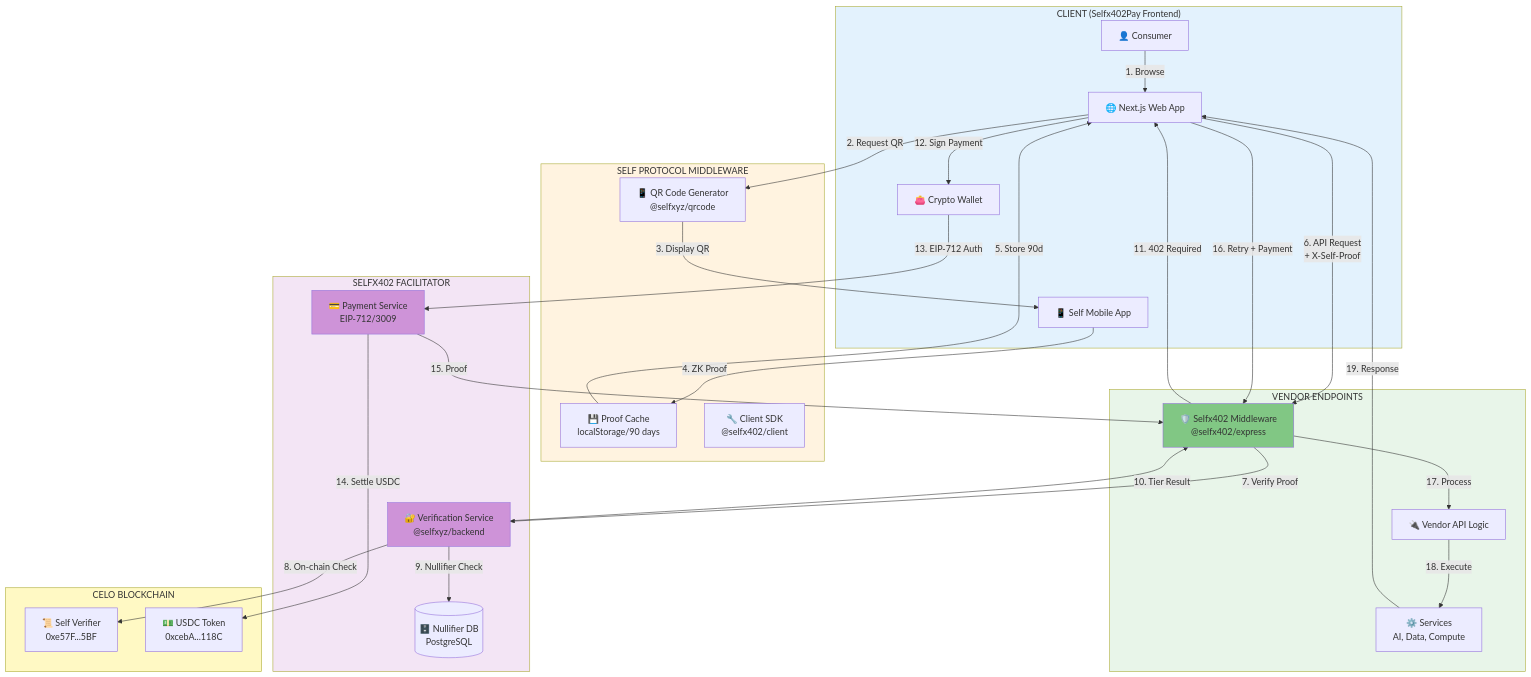
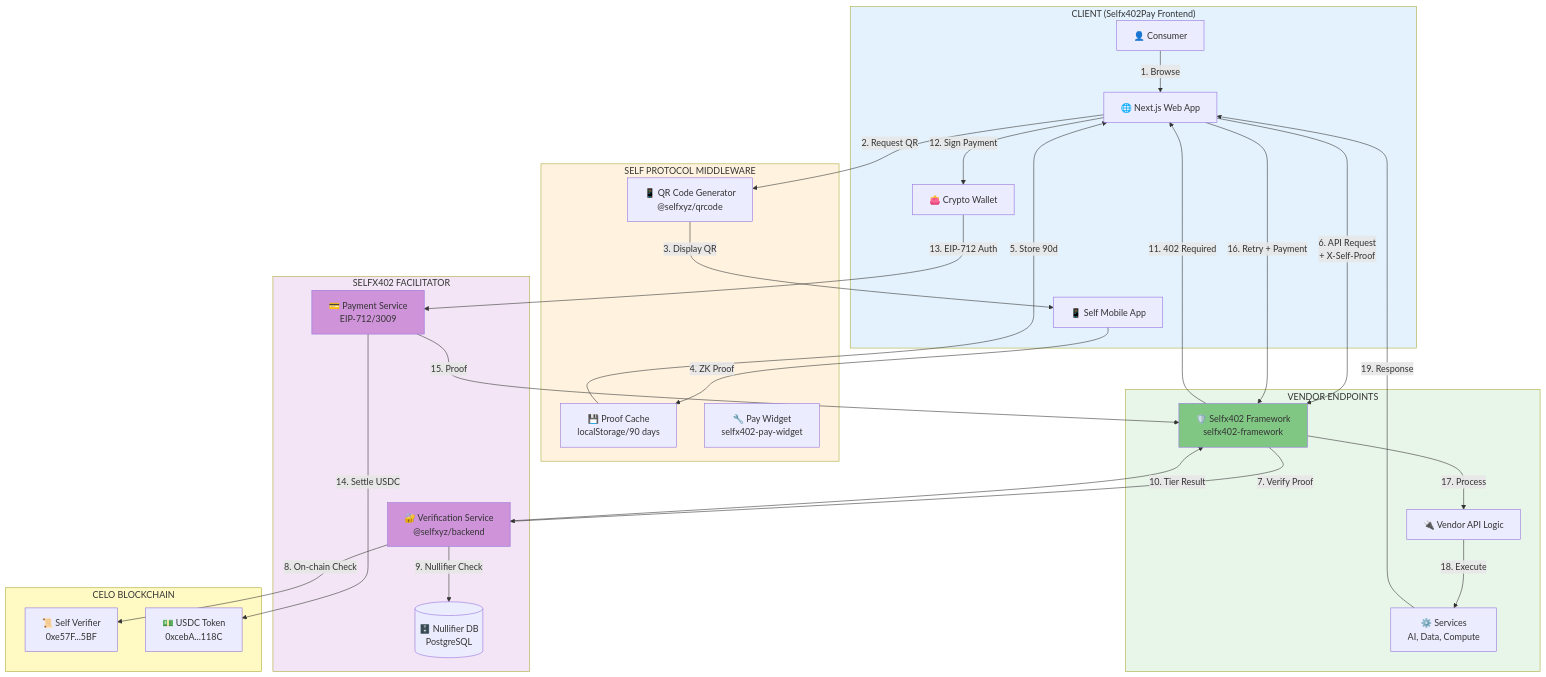
The first of 4 diagrams in README.md (JulioMCruz/Self-x402), drawn with Mermaid before and after one commit. The commit also changed other lines of this file and 55 other files, not shown here.

````diff
--- a/README.md
+++ b/README.md
@@ -52,64 +55,64 @@
 ```mermaid
 graph TB
     subgraph Client["CLIENT (Selfx402Pay Frontend)"]
         Consumer[👤 Consumer]
         Browser[🌐 Next.js Web App]
         SelfApp[📱 Self Mobile App]
         Wallet[👛 Crypto Wallet]
     end
 
     subgraph SelfMiddleware["SELF PROTOCOL MIDDLEWARE"]
         QRGen[📱 QR Code Generator<br/>@selfxyz/qrcode]
         ProofCache[💾 Proof Cache<br/>localStorage/90 days]
-        ClientSDK[🔧 Client SDK<br/>@selfx402/client]
+        ClientSDK[🔧 Pay Widget<br/>selfx402-pay-widget]
     end
 
     subgraph Facilitator["SELFX402 FACILITATOR"]
         VerifyBackend[🔐 Verification Service<br/>@selfxyz/backend]
         PaymentFacilitator[💳 Payment Service<br/>EIP-712/3009]
         NullifierDB[(🗄️ Nullifier DB<br/>PostgreSQL)]
     end
 
     subgraph Vendors["VENDOR ENDPOINTS"]
-        VendorMiddleware[🛡️ Selfx402 Middleware<br/>@selfx402/express]
+        VendorMiddleware[🛡️ Selfx402 Framework<br/>selfx402-framework]
         VendorAPI[🔌 Vendor API Logic]
         VendorServices[⚙️ Services<br/>AI, Data, Compute]
     end
 
     subgraph Blockchain["CELO BLOCKCHAIN"]
         SelfContract[📜 Self Verifier<br/>0xe57F...5BF]
         USDCContract[💵 USDC Token<br/>0xcebA...118C]
     end
 
     Consumer -->|1. Browse| Browser
     Browser -->|2. Request QR| QRGen
     QRGen -->|3. Display QR| SelfApp
     SelfApp -->|4. ZK Proof| ProofCache
     ProofCache -->|5. Store 90d| Browser
 
     Browser -->|6. API Request<br/>+ X-Self-Proof| VendorMiddleware
     VendorMiddleware -->|7. Verify Proof| VerifyBackend
     VerifyBackend -->|8. On-chain Check| SelfContract
     VerifyBackend -->|9. Nullifier Check| NullifierDB
     VerifyBackend -->|10. Tier Result| VendorMiddleware
 
     VendorMiddleware -->|11. 402 Required| Browser
     Browser -->|12. Sign Payment| Wallet
     Wallet -->|13. EIP-712 Auth| PaymentFacilitator
     PaymentFacilitator -->|14. Settle USDC| USDCContract
     PaymentFacilitator -->|15. Proof| VendorMiddleware
 
     Browser -->|16. Retry + Payment| VendorMiddleware
     VendorMiddleware -->|17. Process| VendorAPI
     VendorAPI -->|18. Execute| VendorServices
     VendorServices -->|19. Response| Browser
 
     style Client fill:#e3f2fd
     style SelfMiddleware fill:#fff3e0
     style Facilitator fill:#f3e5f5
     style Vendors fill:#e8f5e9
     style Blockchain fill:#fff9c4
     style VerifyBackend fill:#ce93d8
     style PaymentFacilitator fill:#ce93d8
     style VendorMiddleware fill:#81c784
 ```
````
